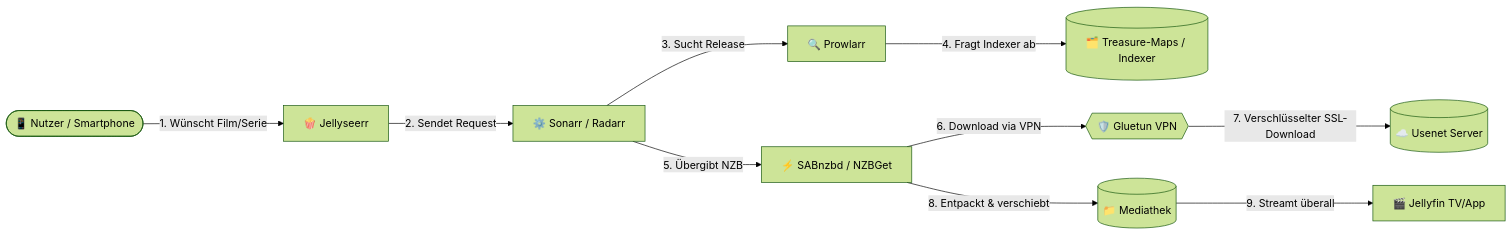
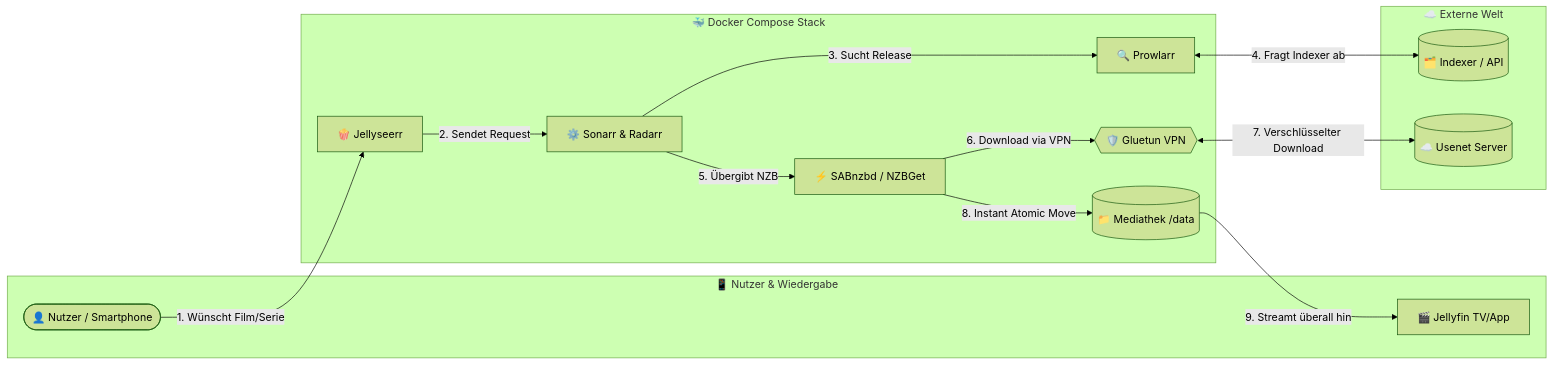
One commit to KAiSER086/Usenet-Kompass changed the diagram in README.md. Above: the diagram before and after it, drawn with Mermaid (forest theme). The commit also changed other lines of this file, not shown here.

Commit message:
docs: visually enhance README with modern badges, mermaid subgraphs, and quick start

````diff
--- a/README.md
+++ b/README.md
@@ -37,12 +42,31 @@
 ```mermaid
-graph LR
-    User([📱 Nutzer / Smartphone]) -->|1. Wünscht Film/Serie| Jellyseerr[🍿 Jellyseerr]
-    Jellyseerr -->|2. Sendet Request| Arrs[⚙️ Sonarr / Radarr]
-    Arrs -->|3. Sucht Release| Prowlarr[🔍 Prowlarr]
-    Prowlarr -->|4. Fragt Indexer ab| Indexer[(🗂️ Treasure-Maps / Indexer)]
-    Arrs -->|5. Übergibt NZB| SABnzbd[⚡ SABnzbd / NZBGet]
-    SABnzbd -->|6. Download via VPN| Gluetun{{🛡️ Gluetun VPN}}
-    Gluetun -->|7. Verschlüsselter SSL-Download| Provider[(☁️ Usenet Server)]
-    SABnzbd -->|8. Entpackt & verschiebt| Media[(📁 Mediathek)]
-    Media -->|9. Streamt überall| Jellyfin[🎬 Jellyfin TV/App]
+flowchart LR
+    subgraph Clients ["📱 Nutzer & Wiedergabe"]
+        User([👤 Nutzer / Smartphone])
+        Jellyfin[🎬 Jellyfin TV/App]
+    end
+
+    subgraph Stack ["🐳 Docker Compose Stack"]
+        Jellyseerr[🍿 Jellyseerr]
+        Arrs[⚙️ Sonarr & Radarr]
+        Prowlarr[🔍 Prowlarr]
+        Downloader[⚡ SABnzbd / NZBGet]
+        Gluetun{{🛡️ Gluetun VPN}}
+        Media[(📁 Mediathek /data)]
+    end
+
+    subgraph Web ["☁️ Externe Welt"]
+        Indexer[(🗂️ Indexer / API)]
+        Provider[(☁️ Usenet Server)]
+    end
+
+    User -->|1. Wünscht Film/Serie| Jellyseerr
+    Jellyseerr -->|2. Sendet Request| Arrs
+    Arrs -->|3. Sucht Release| Prowlarr
+    Prowlarr <-->|4. Fragt Indexer ab| Indexer
+    Arrs -->|5. Übergibt NZB| Downloader
+    Downloader -->|6. Download via VPN| Gluetun
+    Gluetun <-->|7. Verschlüsselter Download| Provider
+    Downloader -->|8. Instant Atomic Move| Media
+    Media -->|9. Streamt überall hin| Jellyfin
 ```
````
